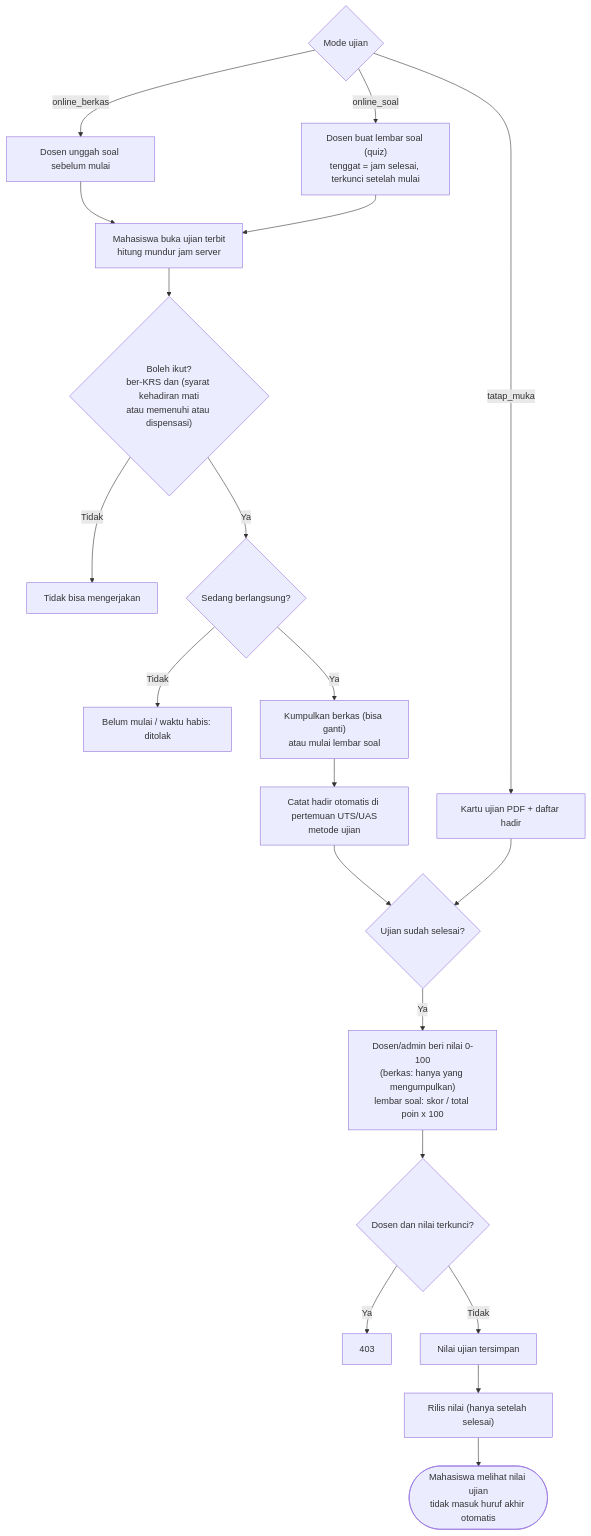
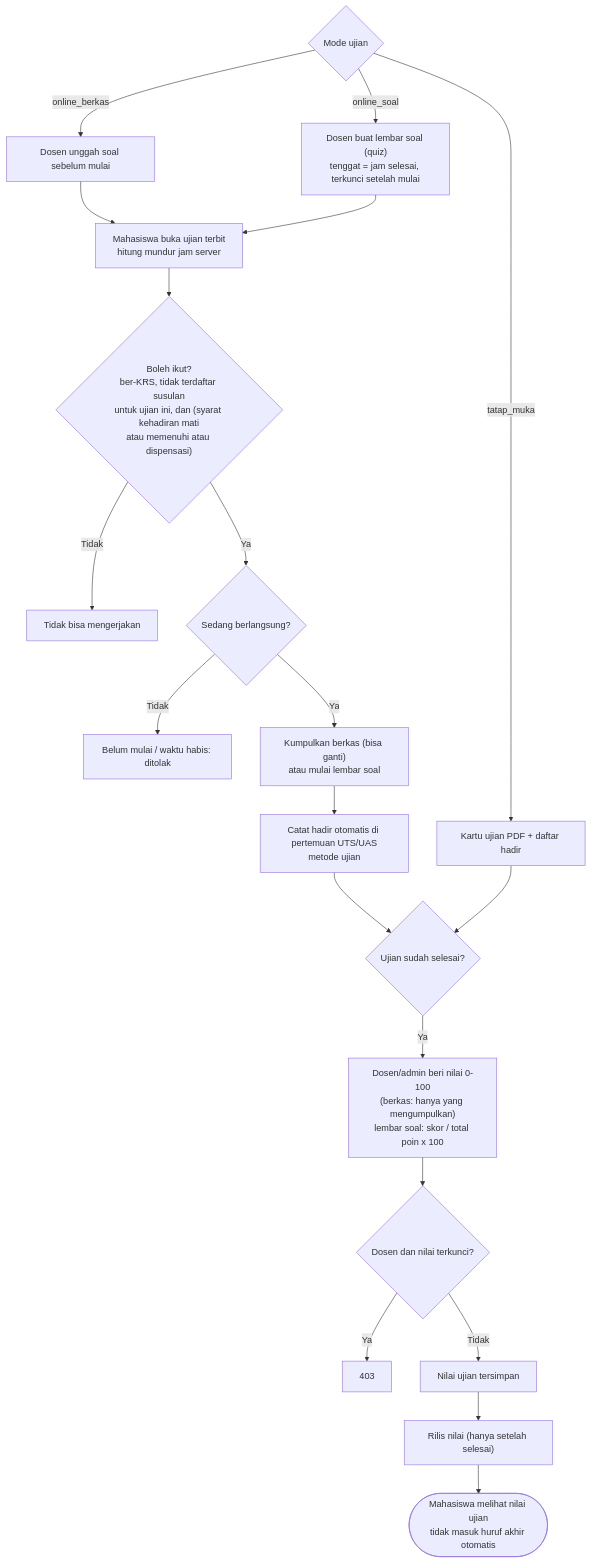
Before and after one commit to Velocity-Developer/sia-vd: diagram 15 of 24 in docs/system-flowchart.md, drawn with Mermaid. The commit also changed other lines of this file and 3 other files, not shown here.

Commit message:
docs: alur & flowchart ujian susulan

````diff
--- a/docs/system-flowchart.md
+++ b/docs/system-flowchart.md
@@ -410,24 +414,24 @@
 ```mermaid
 flowchart TD
     A{"Mode ujian"} -- online_berkas --> B["Dosen unggah soal sebelum mulai"]
     A -- online_soal --> C["Dosen buat lembar soal (quiz)<br/>tenggat = jam selesai, terkunci setelah mulai"]
     A -- tatap_muka --> D["Kartu ujian PDF + daftar hadir"]
 
     B --> E["Mahasiswa buka ujian terbit<br/>hitung mundur jam server"]
     C --> E
-    E --> F{"Boleh ikut?<br/>ber-KRS dan (syarat kehadiran mati<br/>atau memenuhi atau dispensasi)"}
+    E --> F{"Boleh ikut?<br/>ber-KRS, tidak terdaftar susulan<br/>untuk ujian ini, dan (syarat kehadiran mati<br/>atau memenuhi atau dispensasi)"}
     F -- Tidak --> F1["Tidak bisa mengerjakan"]
     F -- Ya --> G{"Sedang berlangsung?"}
     G -- Tidak --> G1["Belum mulai / waktu habis: ditolak"]
     G -- Ya --> H["Kumpulkan berkas (bisa ganti)<br/>atau mulai lembar soal"]
     H --> I["Catat hadir otomatis di pertemuan UTS/UAS<br/>metode ujian"]
 
     D --> J
     I --> J{"Ujian sudah selesai?"}
     J -- Ya --> K["Dosen/admin beri nilai 0-100<br/>(berkas: hanya yang mengumpulkan)<br/>lembar soal: skor / total poin x 100"]
     K --> L{"Dosen dan nilai terkunci?"}
     L -- Ya --> L1["403"]
     L -- Tidak --> N["Nilai ujian tersimpan"]
     N --> O["Rilis nilai (hanya setelah selesai)"]
     O --> P(["Mahasiswa melihat nilai ujian<br/>tidak masuk huruf akhir otomatis"])
 ```
````
